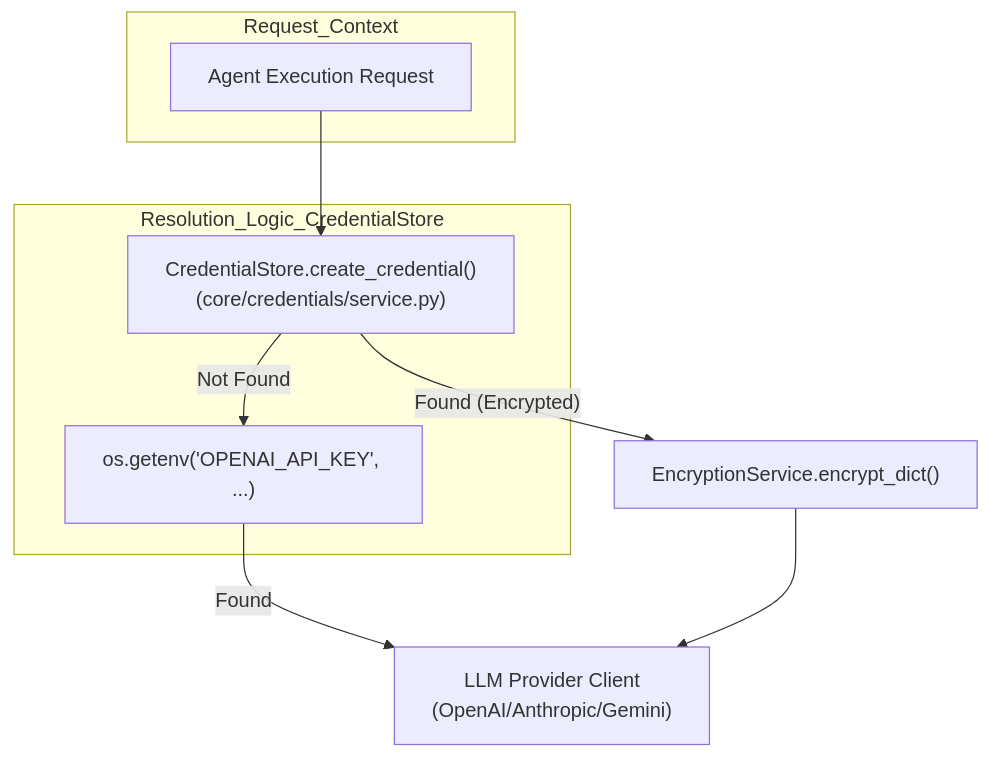
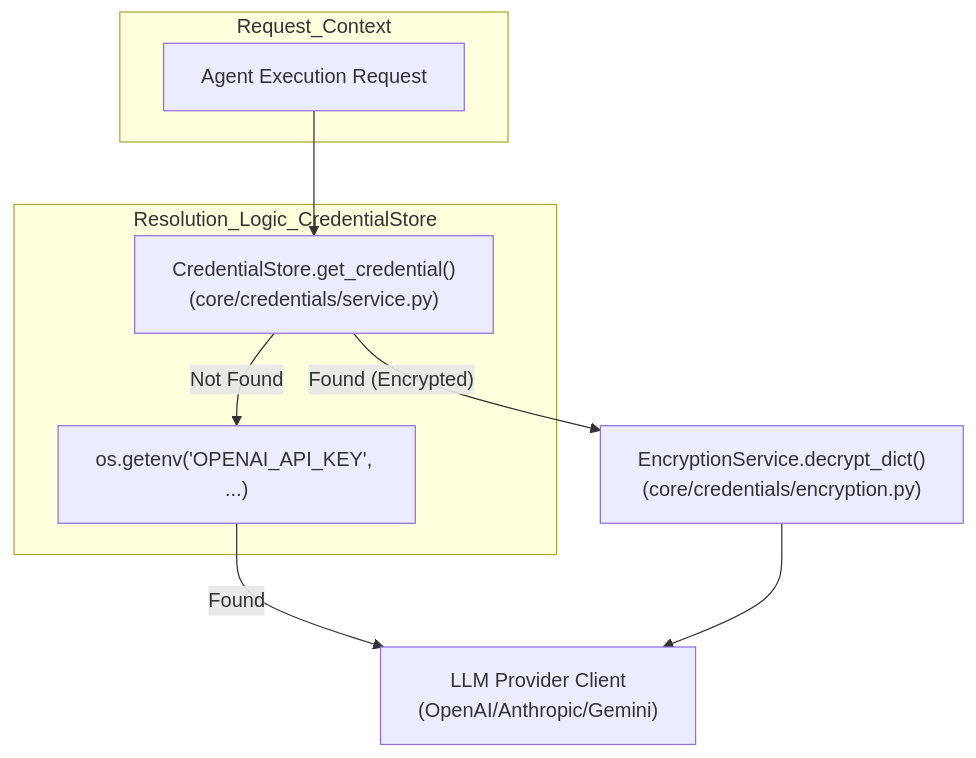
Before and after one commit to AutomatosAI/automatos-ai: the second of 2 diagrams in docs/deployment-infrastructure/environment-variables.md, drawn with Mermaid. The commit also changed other lines of this file and 153 other files, not shown here.

````diff
--- a/docs/deployment-infrastructure/environment-variables.md
+++ b/docs/deployment-infrastructure/environment-variables.md
@@ -147,17 +134,17 @@
 ```mermaid
 graph TD
     subgraph "Request_Context"
         Req["Agent Execution Request"]
     end
 
     subgraph "Resolution_Logic_CredentialStore"
-        Store["CredentialStore.create_credential()<br/>(core/credentials/service.py)"]
+        Store["CredentialStore.get_credential()<br/>(core/credentials/service.py)"]
         Env["os.getenv('OPENAI_API_KEY', ...)"]
     end
 
     Req --> Store
     Store -- "Not Found" --> Env
     Env -- "Found" --> Provider["LLM Provider Client<br/>(OpenAI/Anthropic/Gemini)"]
-    Store -- "Found (Encrypted)" --> Decrypt["EncryptionService.encrypt_dict()"]
+    Store -- "Found (Encrypted)" --> Decrypt["EncryptionService.decrypt_dict()<br/>(core/credentials/encryption.py)"]
     Decrypt --> Provider
 ```
````
